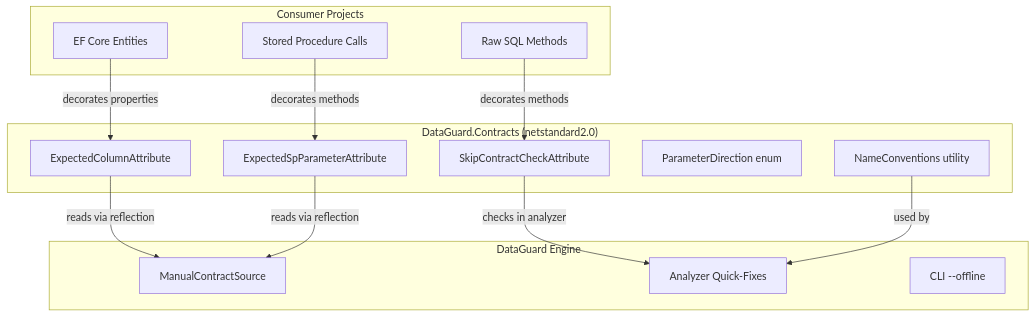
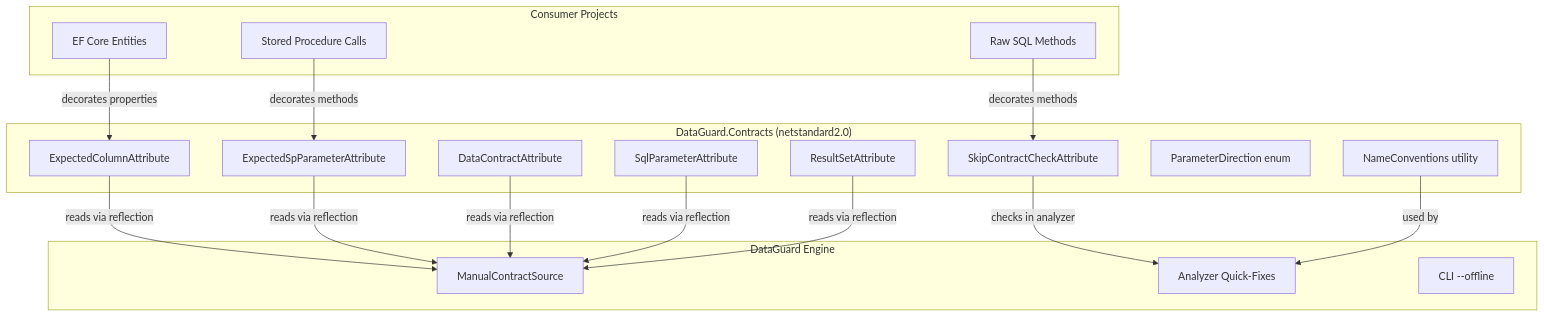
The first of 2 diagrams in docs/03-components/contracts/contract-attributes.md (thanhnt-sm/eco_support_net_oracle), drawn with Mermaid before and after one commit. The commit also changed other lines of this file and 266 other files, not shown here.

````diff
--- a/docs/03-components/contracts/contract-attributes.md
+++ b/docs/03-components/contracts/contract-attributes.md
@@ -7,31 +7,37 @@
 ```mermaid
 graph TB
     subgraph "DataGuard.Contracts (netstandard2.0)"
         SCA[SkipContractCheckAttribute]
         ECA[ExpectedColumnAttribute]
         ESPA[ExpectedSpParameterAttribute]
+        DCA[DataContractAttribute]
+        SPA[SqlParameterAttribute]
+        RSA[ResultSetAttribute]
         PD[ParameterDirection enum]
         NC[NameConventions utility]
     end
 
     subgraph "Consumer Projects"
         EF[EF Core Entities]
         SP[Stored Procedure Calls]
         RAW[Raw SQL Methods]
     end
 
     subgraph "DataGuard Engine"
         MS[ManualContractSource]
         IDE[Analyzer Quick-Fixes]
         CLI[CLI --offline]
     end
 
     EF -->|decorates properties| ECA
     SP -->|decorates methods| ESPA
     RAW -->|decorates methods| SCA
 
     ECA -->|reads via reflection| MS
     ESPA -->|reads via reflection| MS
+    DCA -->|reads via reflection| MS
+    SPA -->|reads via reflection| MS
+    RSA -->|reads via reflection| MS
     SCA -->|checks in analyzer| IDE
     NC -->|used by| IDE
 ```
````
